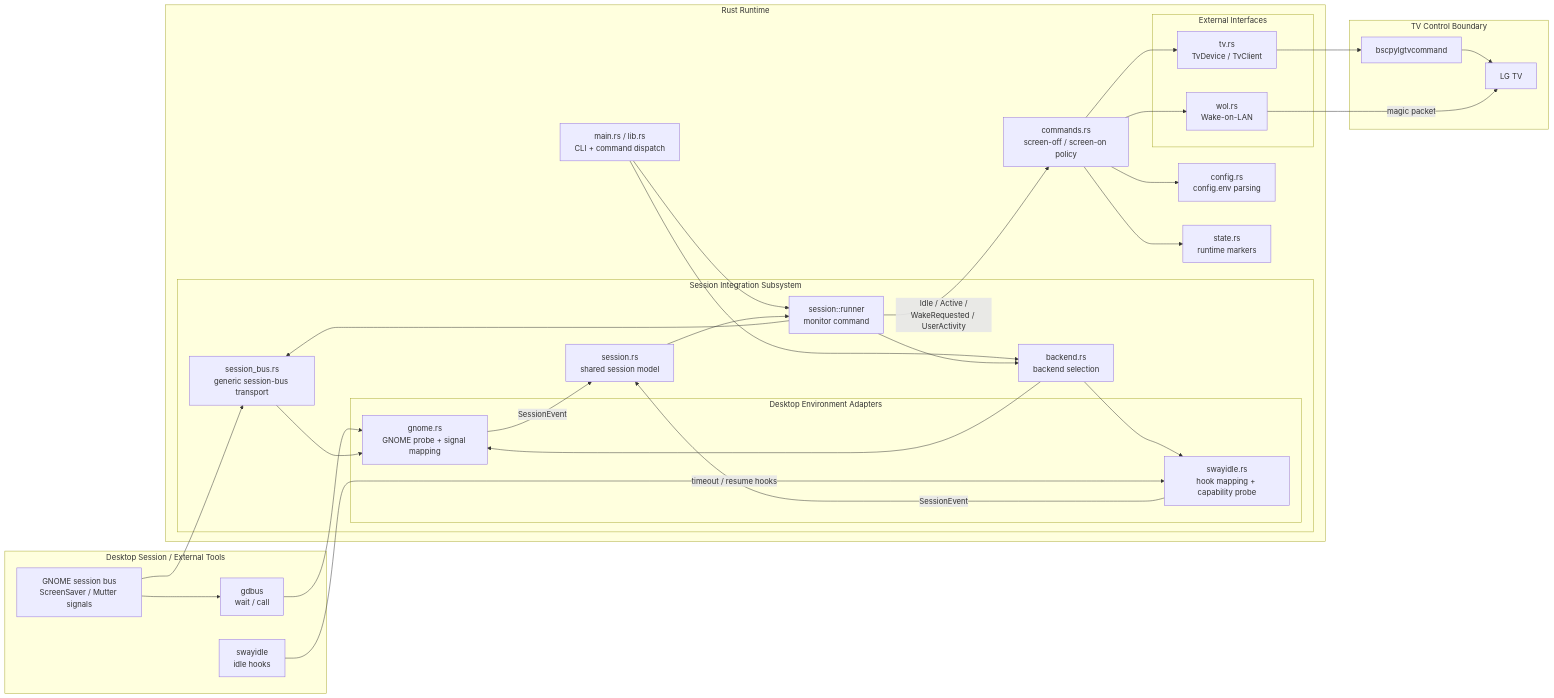
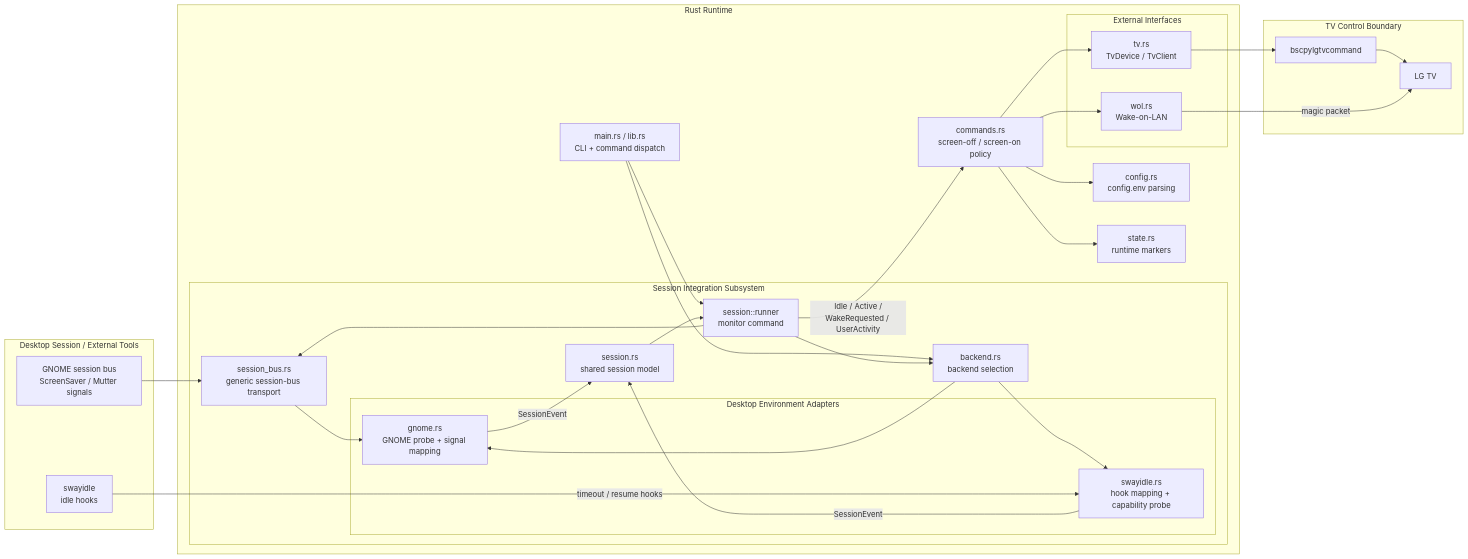
Before and after one commit to Staphylococcus/LG_Buddy: the diagram in docs/architecture-overview.md, drawn with Mermaid. The commit also changed 10 other files, not shown here.

Commit message:
Remove gdbus from the GNOME runtime path

````diff
--- a/docs/architecture-overview.md
+++ b/docs/architecture-overview.md
@@ -47,63 +47,60 @@
 ```mermaid
 flowchart LR
     subgraph Desktop["Desktop Session / External Tools"]
         GNOME["GNOME session bus<br/>ScreenSaver / Mutter signals"]
-        GDBUS["gdbus<br/>wait / call"]
         SWAY["swayidle<br/>idle hooks"]
     end
 
     subgraph Rust["Rust Runtime"]
         MAIN["main.rs / lib.rs<br/>CLI + command dispatch"]
         COMMANDS["commands.rs<br/>screen-off / screen-on policy"]
         CONFIG["config.rs<br/>config.env parsing"]
         STATE["state.rs<br/>runtime markers"]
 
         subgraph SessionSubsystem["Session Integration Subsystem"]
             BACKEND["backend.rs<br/>backend selection"]
             SESSIONMODEL["session.rs<br/>shared session model"]
             RUNNER["session::runner<br/>monitor command"]
             BUS["session_bus.rs<br/>generic session-bus transport"]
 
             subgraph DEAdapters["Desktop Environment Adapters"]
                 GADAPTER["gnome.rs<br/>GNOME probe + signal mapping"]
                 SADAPTER["swayidle.rs<br/>hook mapping + capability probe"]
             end
         end
 
         subgraph ExternalInterfaces["External Interfaces"]
             TV["tv.rs<br/>TvDevice / TvClient"]
             WOL["wol.rs<br/>Wake-on-LAN"]
         end
     end
 
     subgraph TVBoundary["TV Control Boundary"]
         BSCPY["bscpylgtvcommand"]
         LGTV["LG TV"]
     end
 
     MAIN --> BACKEND
     MAIN --> RUNNER
     RUNNER --> BACKEND
     RUNNER --> BUS
     BACKEND --> GADAPTER
     BACKEND --> SADAPTER
 
     GNOME --> BUS
-    GNOME --> GDBUS
-    GDBUS --> GADAPTER
     BUS --> GADAPTER
     GADAPTER -->|"SessionEvent"| SESSIONMODEL
 
     SWAY -->|"timeout / resume hooks"| SADAPTER
     SADAPTER -->|"SessionEvent"| SESSIONMODEL
     SESSIONMODEL --> RUNNER
 
     RUNNER -->|"Idle / Active /<br/>WakeRequested / UserActivity"| COMMANDS
     COMMANDS --> CONFIG
     COMMANDS --> STATE
     COMMANDS --> TV
     COMMANDS --> WOL
 
     TV --> BSCPY --> LGTV
     WOL -->|"magic packet"| LGTV
 ```
````
